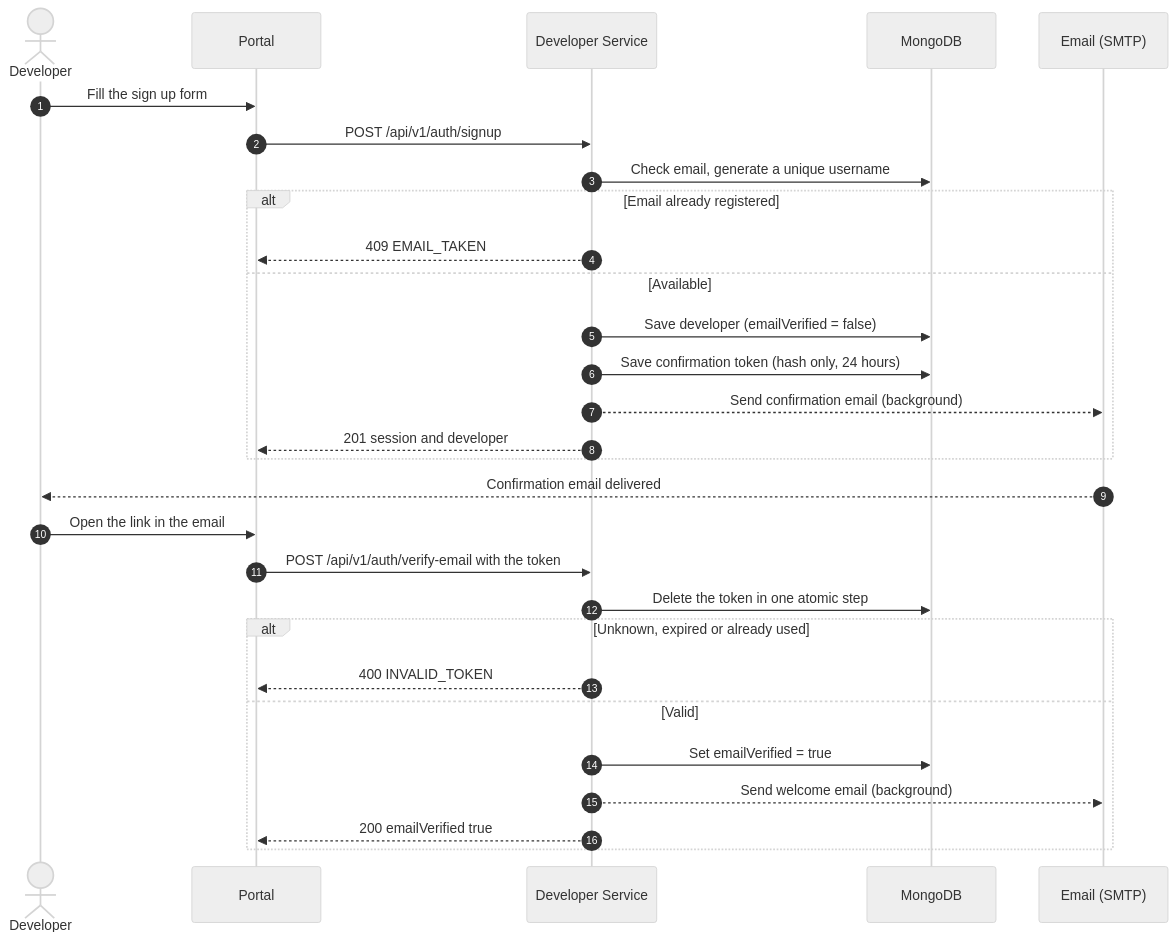
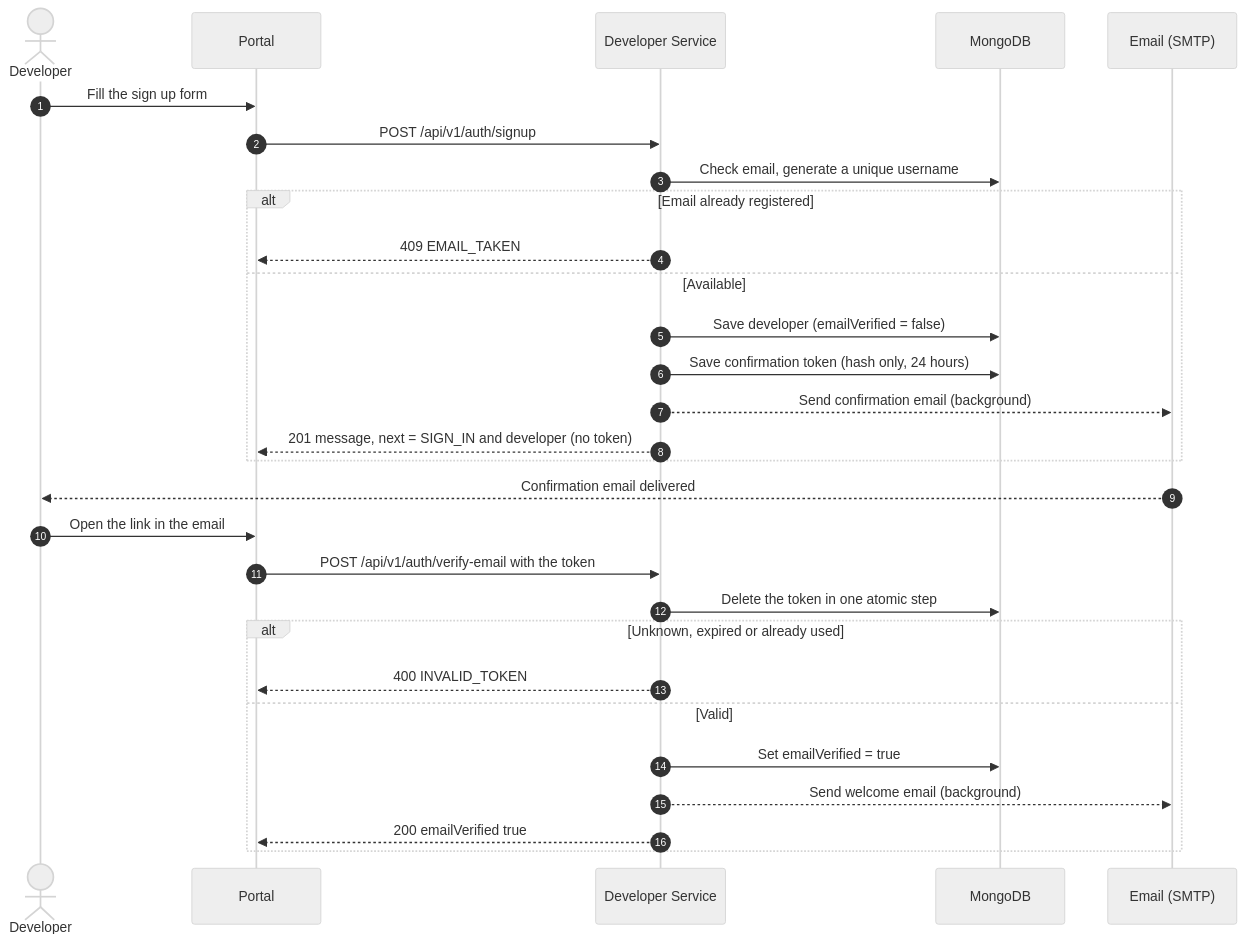
One commit to peacemakerbill/premisave-developer-service changed the second of 8 diagrams in README.md. Above: the diagram before and after it, drawn with Mermaid (neutral theme). The commit also changed other lines of this file and 13 other files, not shown here.

````diff
--- a/README.md
+++ b/README.md
@@ -178,32 +178,32 @@
 ```mermaid
 sequenceDiagram
     autonumber
     actor D as Developer
     participant P as Portal
     participant S as Developer Service
     participant M as MongoDB
     participant E as Email (SMTP)
 
     D->>P: Fill the sign up form
     P->>S: POST /api/v1/auth/signup
     S->>M: Check email, generate a unique username
     alt Email already registered
         S-->>P: 409 EMAIL_TAKEN
     else Available
         S->>M: Save developer (emailVerified = false)
         S->>M: Save confirmation token (hash only, 24 hours)
         S-->>E: Send confirmation email (background)
-        S-->>P: 201 session and developer
+        S-->>P: 201 message, next = SIGN_IN and developer (no token)
     end
     E-->>D: Confirmation email delivered
     D->>P: Open the link in the email
     P->>S: POST /api/v1/auth/verify-email with the token
     S->>M: Delete the token in one atomic step
     alt Unknown, expired or already used
         S-->>P: 400 INVALID_TOKEN
     else Valid
         S->>M: Set emailVerified = true
         S-->>E: Send welcome email (background)
         S-->>P: 200 emailVerified true
     end
 ```
````
